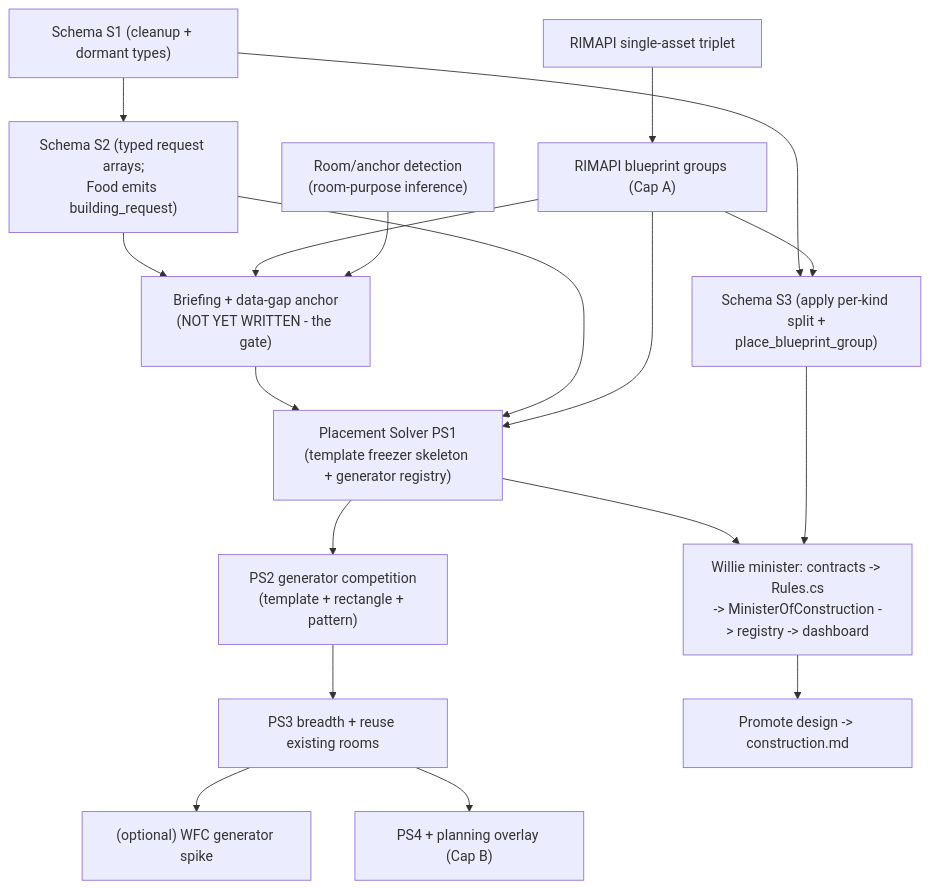
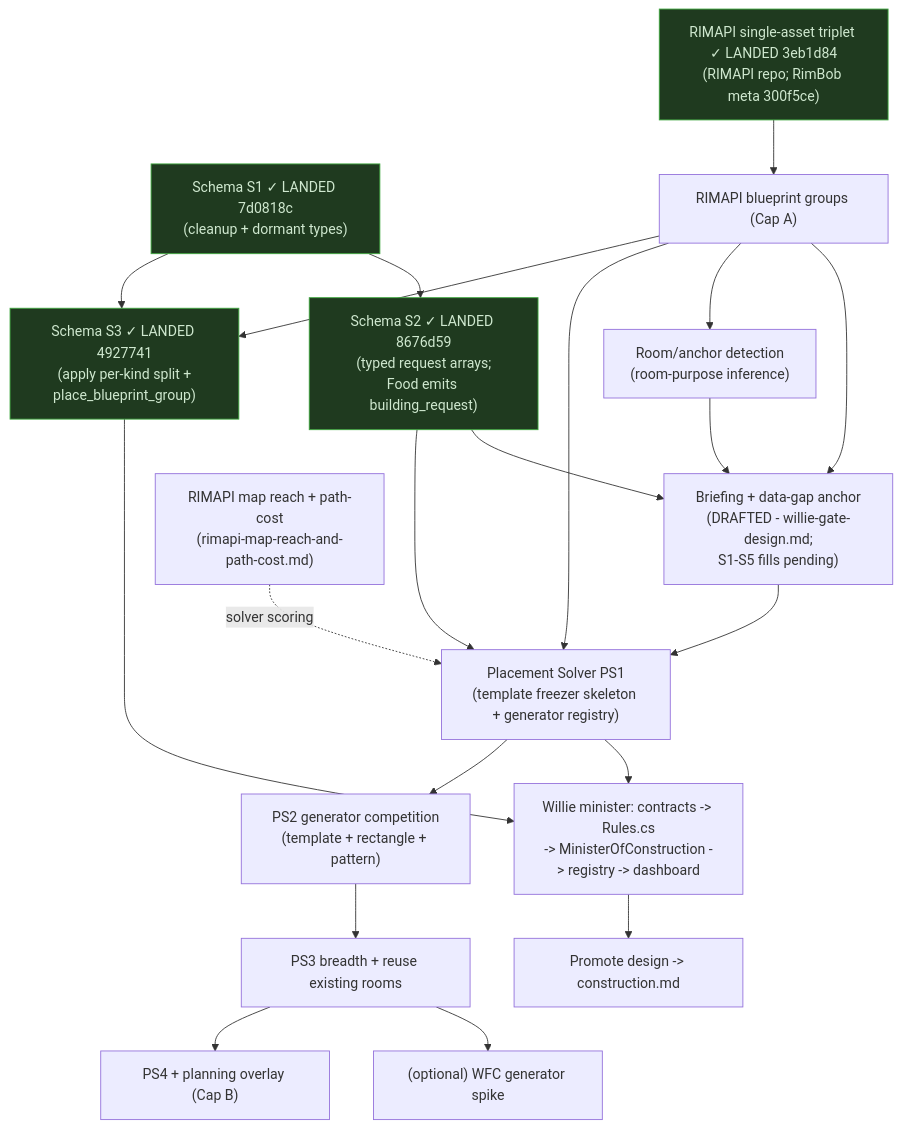
The diagram in .plans/willie-meta-plan.md (ocaspi-sc/RimBob), drawn with Mermaid before and after one commit. The commit also changed other lines of this file, not shown here.

First line of the commit message:
docs(plans): mark schema and FORK1 landed in willie-meta-plan

````diff
--- a/.plans/willie-meta-plan.md
+++ b/.plans/willie-meta-plan.md
@@ -139,19 +151,24 @@
 ```mermaid
 flowchart TD
-  S1["Schema S1 (cleanup + dormant types)"] --> S2["Schema S2 (typed request arrays;<br/>Food emits building_request)"]
-  FORK1["RIMAPI single-asset triplet"] --> FORK2["RIMAPI blueprint groups (Cap A)"]
-  S2 --> GATE["Briefing + data-gap anchor<br/>(NOT YET WRITTEN - the gate)"]
+  S1["Schema S1 ✓ LANDED 7d0818c<br/>(cleanup + dormant types)"] --> S2["Schema S2 ✓ LANDED 8676d59<br/>(typed request arrays;<br/>Food emits building_request)"]
+  FORK1["RIMAPI single-asset triplet ✓ LANDED 3eb1d84<br/>(RIMAPI repo; RimBob meta 300f5ce)"] --> FORK2["RIMAPI blueprint groups (Cap A)"]
+  S2 --> GATE["Briefing + data-gap anchor<br/>(DRAFTED - willie-gate-design.md;<br/>S1-S5 fills pending)"]
   FORK2 --> GATE
-  ROOM["Room/anchor detection<br/>(room-purpose inference)"] --> GATE
+  FORK2 --> ROOM["Room/anchor detection<br/>(room-purpose inference)"]
+  ROOM --> GATE
   GATE --> PS1["Placement Solver PS1<br/>(template freezer skeleton + generator registry)"]
   S2 --> PS1
   FORK2 --> PS1
+  FORK3["RIMAPI map reach + path-cost<br/>(rimapi-map-reach-and-path-cost.md)"] -.solver scoring.-> PS1
   PS1 --> WILLIE["Willie minister: contracts -> Rules.cs<br/>-> MinisterOfConstruction -> registry -> dashboard"]
-  S1 --> S3["Schema S3 (apply per-kind split +<br/>place_blueprint_group)"]
+  S1 --> S3["Schema S3 ✓ LANDED 4927741<br/>(apply per-kind split +<br/>place_blueprint_group)"]
   FORK2 --> S3
   S3 --> WILLIE
   PS1 --> PS2["PS2 generator competition<br/>(template + rectangle + pattern)"] --> PS3["PS3 breadth + reuse existing rooms"]
   WILLIE --> PROMOTE["Promote design -> construction.md"]
   PS3 --> WFC["(optional) WFC generator spike"]
   PS3 --> PSB["PS4 + planning overlay (Cap B)"]
+
+  classDef done fill:#1f3a1f,stroke:#3fa83f,color:#cfe8cf;
+  class S1,S2,S3,FORK1 done;
 ```
````
